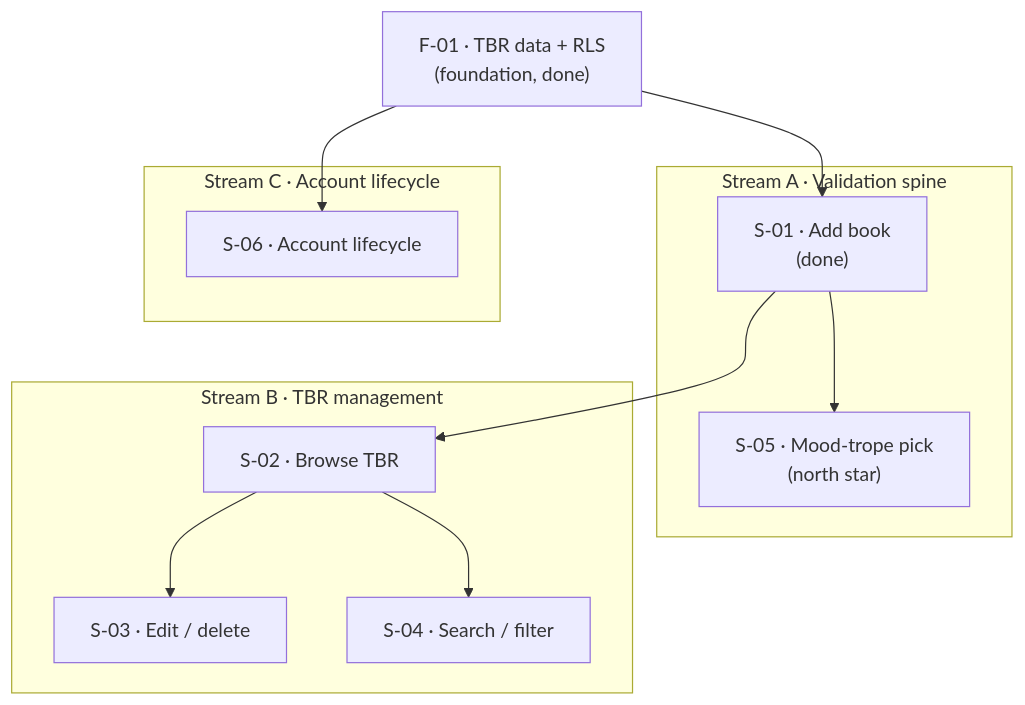
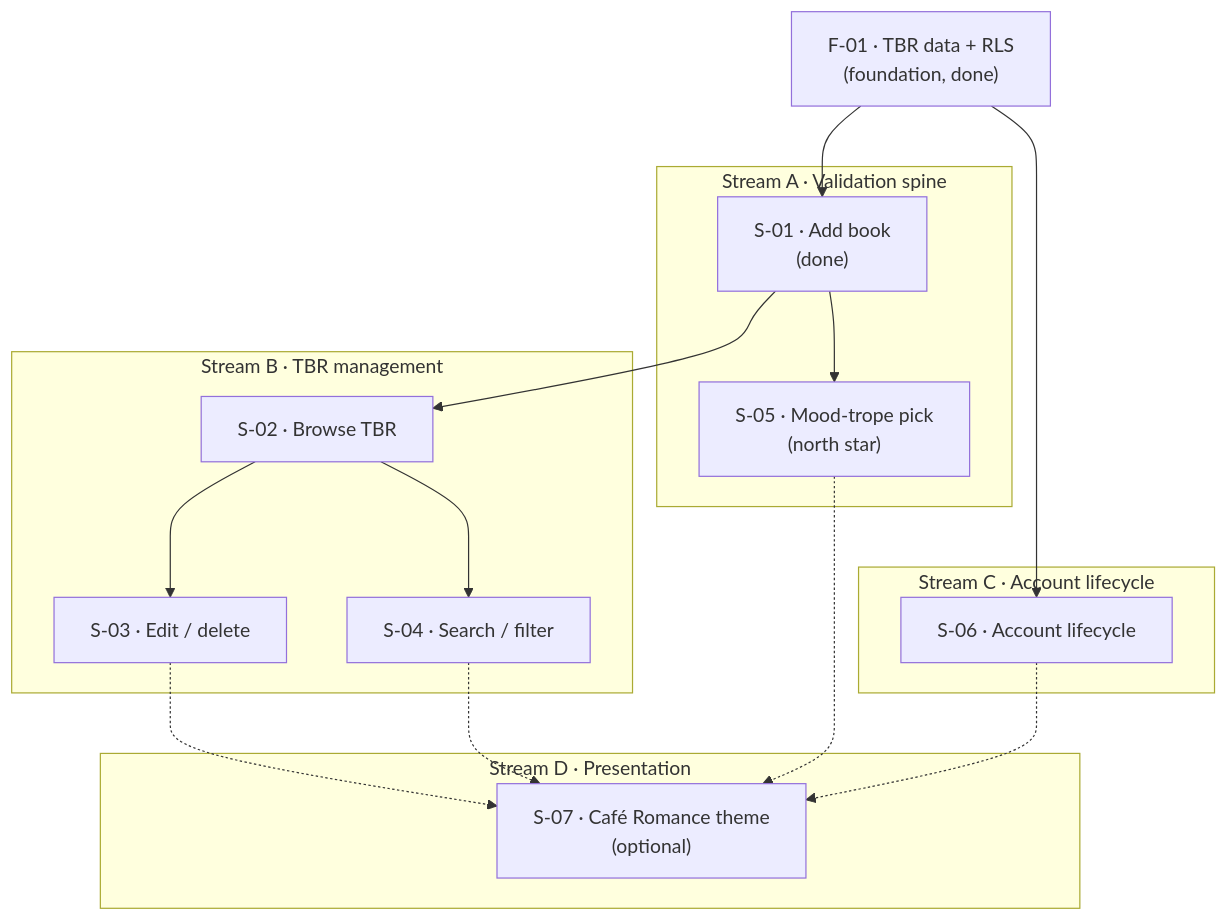
Before and after one commit to passiflora-nr/smart-tbr: the diagram in context/foundation/roadmap.md, drawn with Mermaid. The commit also changed other lines of this file and 1 other file, not shown here.

First line of the commit message:
docs(roadmap): add optional S-07 Café Romance UI theme slice

````diff
--- a/context/foundation/roadmap.md
+++ b/context/foundation/roadmap.md
@@ -56,26 +58,34 @@
 ```mermaid
 flowchart TB
   F01["F-01 · TBR data + RLS<br/>(foundation, done)"]
 
   subgraph A["Stream A · Validation spine"]
     S01["S-01 · Add book<br/>(done)"]
     S05["S-05 · Mood-trope pick<br/>(north star)"]
   end
 
   subgraph B["Stream B · TBR management"]
     S02["S-02 · Browse TBR"]
     S03["S-03 · Edit / delete"]
     S04["S-04 · Search / filter"]
   end
 
   subgraph C["Stream C · Account lifecycle"]
     S06["S-06 · Account lifecycle"]
   end
 
+  subgraph D["Stream D · Presentation"]
+    S07["S-07 · Café Romance theme<br/>(optional)"]
+  end
+
   F01 --> S01
   F01 --> S06
   S01 --> S05
   S01 --> S02
   S02 --> S03
   S02 --> S04
+  S03 -.-> S07
+  S04 -.-> S07
+  S05 -.-> S07
+  S06 -.-> S07
 ```
````
